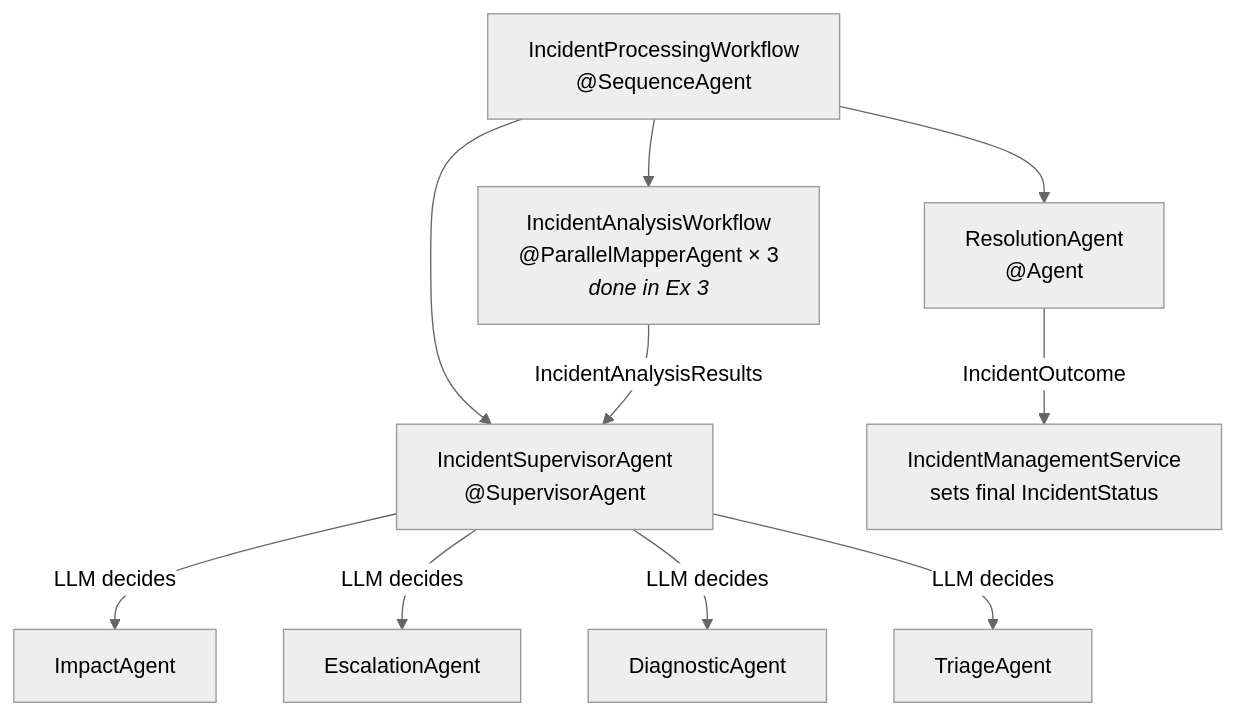
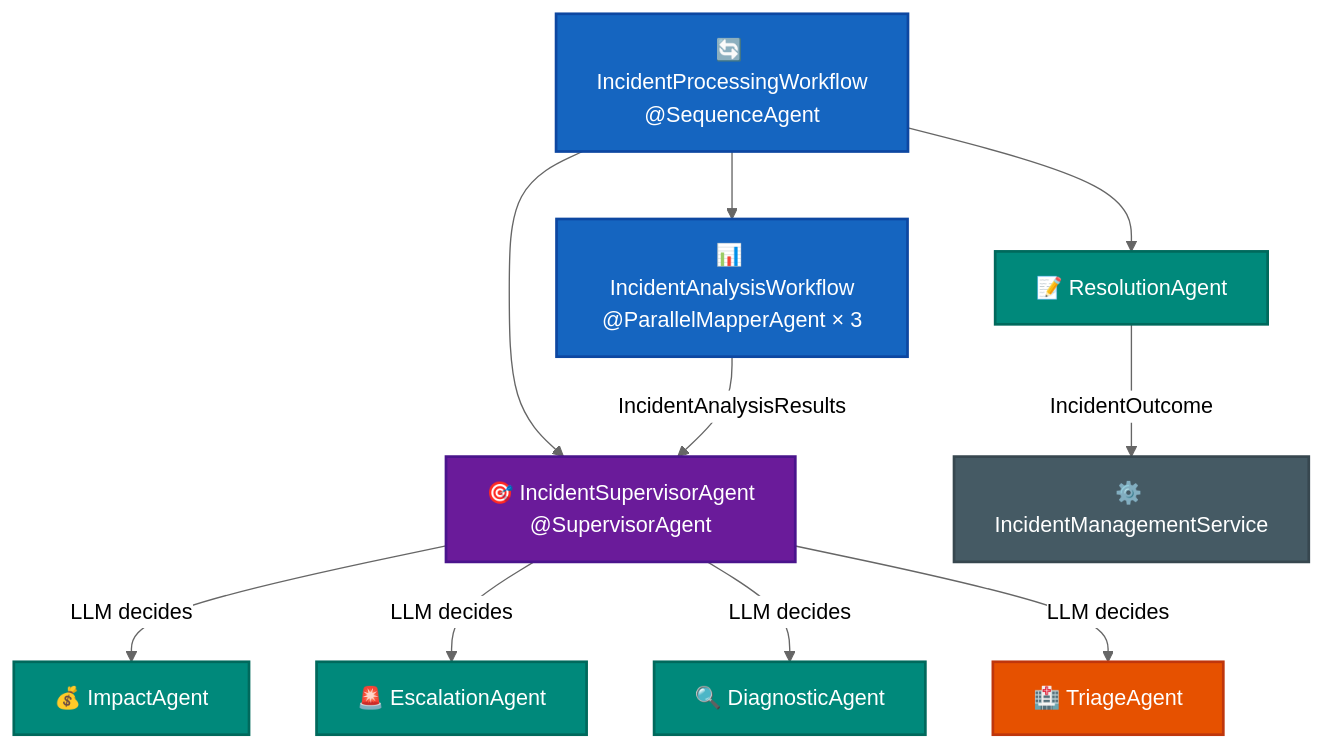
The diagram in docs/04-supervisor/START_HERE.md (danieloh30/techxchange-2026-quarkus-bob-lab), drawn with Mermaid (neutral theme) before and after one commit. The commit also changed 5 other files, not shown here.

First line of the commit message:
docs: restyle all Mermaid charts with color-coded nodes and icons

````diff
--- a/docs/04-supervisor/START_HERE.md
+++ b/docs/04-supervisor/START_HERE.md
@@ -25,18 +25,23 @@
 ```mermaid
 flowchart TD
-    IPW["IncidentProcessingWorkflow<br/>@SequenceAgent"] --> IAW
-    IPW --> ISA
-    IPW --> RA
+    IPW["🔄 IncidentProcessingWorkflow<br/>@SequenceAgent"]:::workflow
 
-    IAW["IncidentAnalysisWorkflow<br/>@ParallelMapperAgent × 3<br/><i>done in Ex 3</i>"]
-    IAW --> |IncidentAnalysisResults| ISA
+    IPW --> IAW["📊 IncidentAnalysisWorkflow<br/>@ParallelMapperAgent × 3"]:::workflow
+    IPW --> ISA["🎯 IncidentSupervisorAgent<br/>@SupervisorAgent"]:::supervisor
+    IPW --> RA["📝 ResolutionAgent"]:::agent
 
-    ISA["IncidentSupervisorAgent<br/>@SupervisorAgent"]
-    ISA --> |LLM decides| IA["ImpactAgent"]
-    ISA --> |LLM decides| EA["EscalationAgent"]
-    ISA --> |LLM decides| DA["DiagnosticAgent"]
-    ISA --> |LLM decides| TA["TriageAgent"]
+    IAW -->|IncidentAnalysisResults| ISA
 
-    RA["ResolutionAgent<br/>@Agent"]
-    RA --> |IncidentOutcome| IMS["IncidentManagementService<br/>sets final IncidentStatus"]
+    ISA -->|"LLM decides"| IA["💰 ImpactAgent"]:::agent
+    ISA -->|"LLM decides"| EA["🚨 EscalationAgent"]:::agent
+    ISA -->|"LLM decides"| DA["🔍 DiagnosticAgent"]:::agent
+    ISA -->|"LLM decides"| TA["🏥 TriageAgent"]:::tool
+
+    RA -->|IncidentOutcome| IMS["⚙️ IncidentManagementService"]:::service
+
+    classDef workflow fill:#1565c0,stroke:#0d47a1,color:#fff,stroke-width:2px
+    classDef supervisor fill:#6a1b9a,stroke:#4a148c,color:#fff,stroke-width:2px
+    classDef agent fill:#00897b,stroke:#00695c,color:#fff,stroke-width:2px
+    classDef tool fill:#e65100,stroke:#bf360c,color:#fff,stroke-width:2px
+    classDef service fill:#455a64,stroke:#37474f,color:#fff,stroke-width:2px
 ```
````
